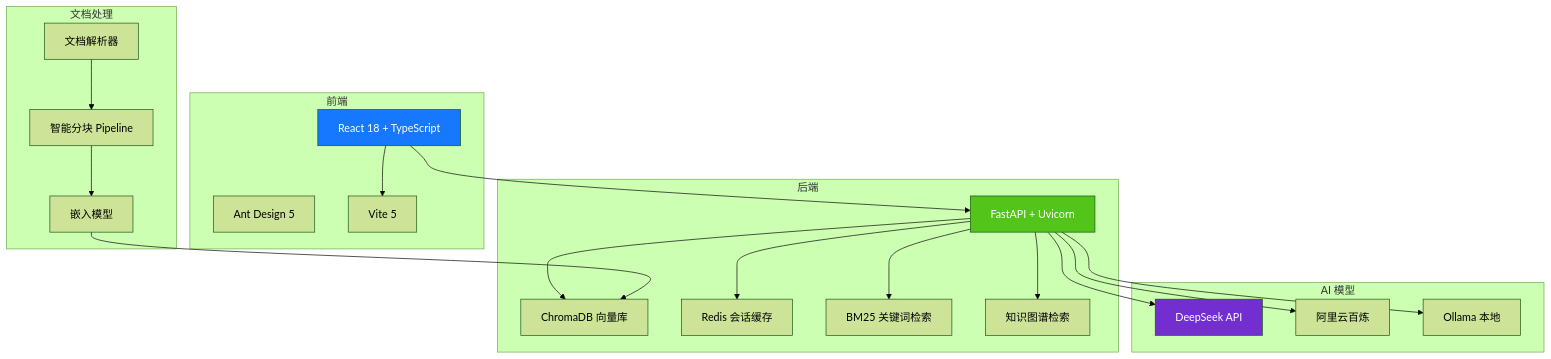
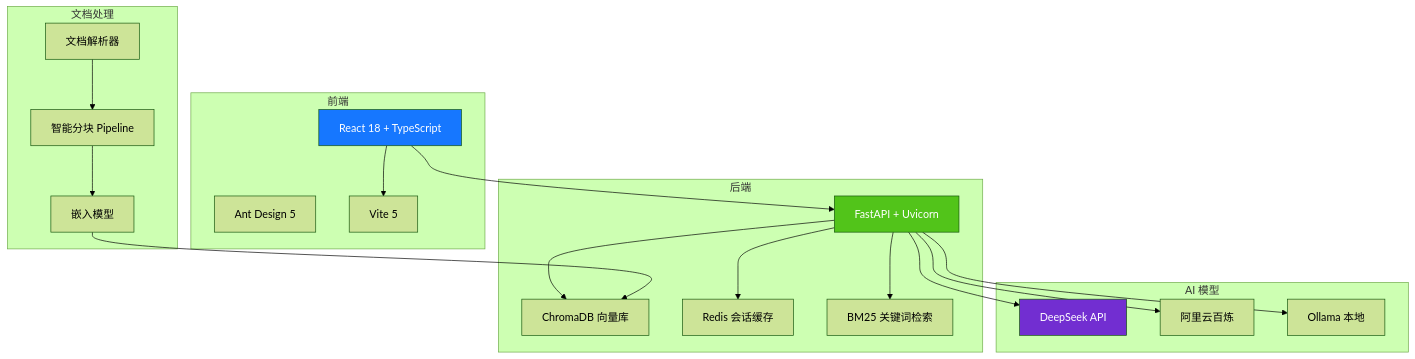
One commit to tuanzi188/KnowledgeMind changed the first of 2 diagrams in README.md. Above: the diagram before and after it, drawn with Mermaid (forest theme). The commit also changed other lines of this file and 52 other files, not shown here.

````diff
--- a/README.md
+++ b/README.md
@@ -41,45 +41,43 @@
 ```mermaid
 graph TB
     subgraph 前端
         A[React 18 + TypeScript]
         B[Ant Design 5]
         C[Vite 5]
     end
 
     subgraph 后端
         D[FastAPI + Uvicorn]
         E[ChromaDB 向量库]
         F[Redis 会话缓存]
         G[BM25 关键词检索]
-        H[知识图谱检索]
     end
 
     subgraph AI 模型
         I[DeepSeek API]
         J[阿里云百炼]
         K[Ollama 本地]
     end
 
     subgraph 文档处理
         L[文档解析器]
         M[智能分块 Pipeline]
         N[嵌入模型]
     end
 
     A --> C
     A --> D
     D --> E
     D --> F
     D --> G
-    D --> H
     D --> I
     D --> J
     D --> K
     L --> M
     M --> N
     N --> E
 
     style A fill:#1677ff,color:#fff
     style D fill:#52c41a,color:#fff
     style I fill:#722ed1,color:#fff
 ```
````
